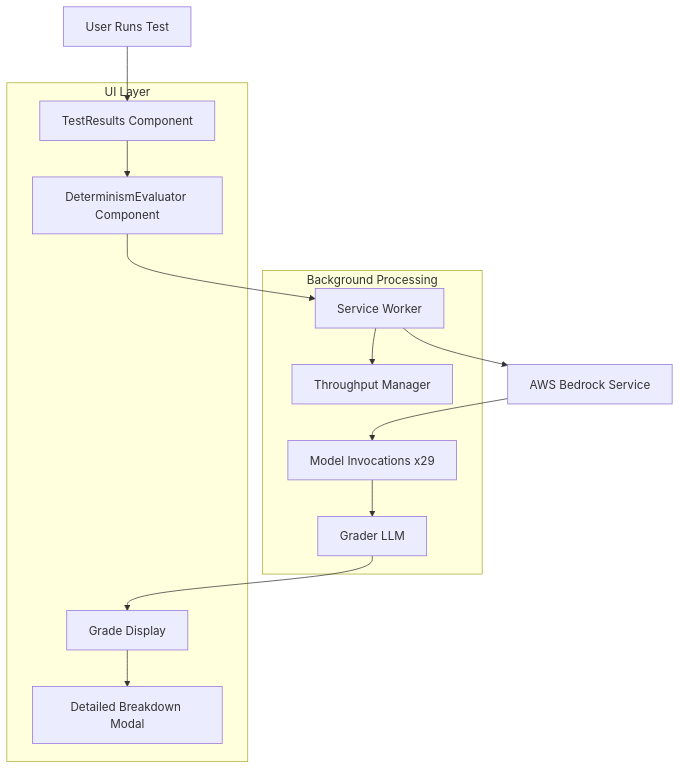
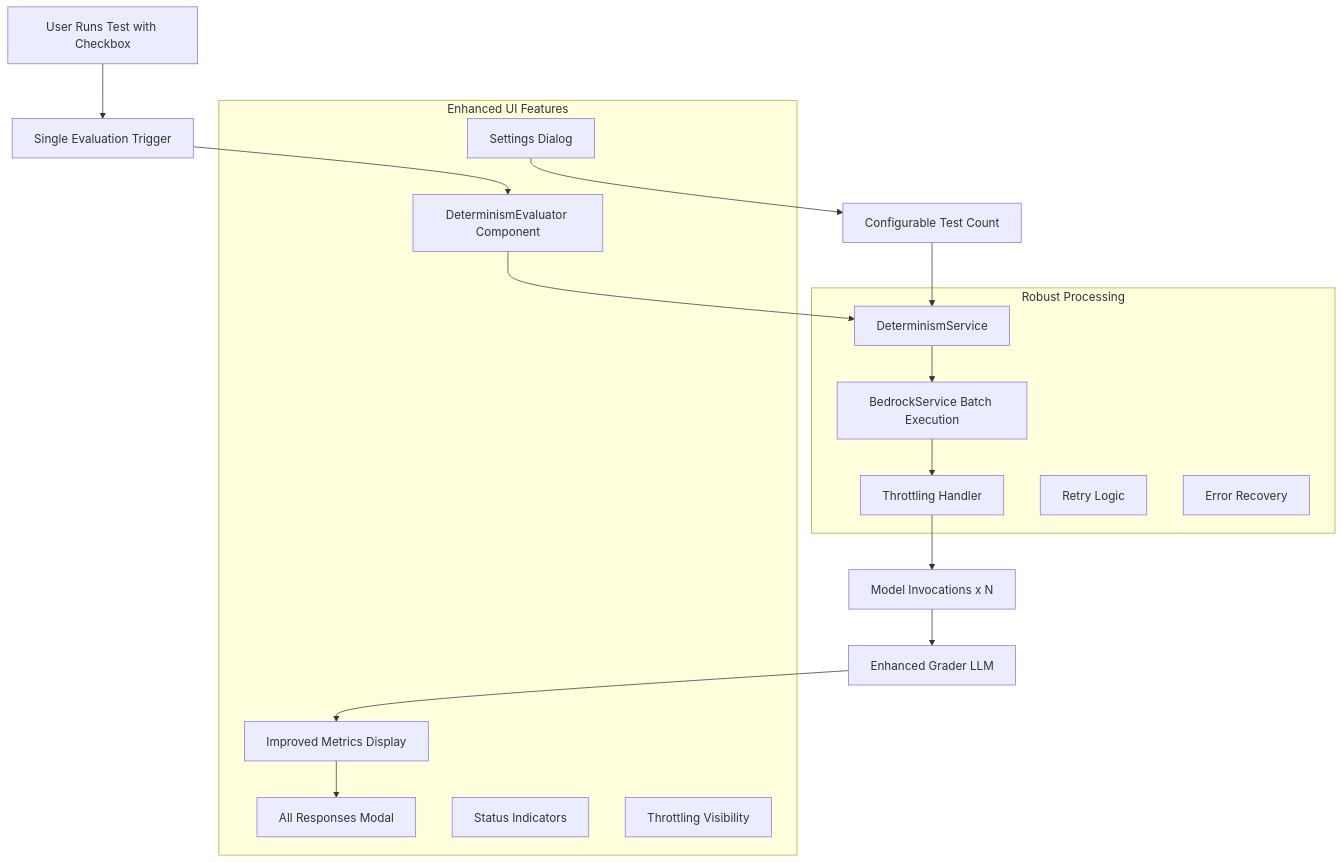
One commit to andmoredev/promptatron-3000 changed the first of 2 diagrams in .kiro/specs/determinism-evaluator/design.md. Above: the diagram before and after it, drawn with Mermaid. The commit also changed other lines of this file and 23 other files, not shown here.

Commit message:
updating determinism functionality to be more solid and configurable

````diff
--- a/.kiro/specs/determinism-evaluator/design.md
+++ b/.kiro/specs/determinism-evaluator/design.md
@@ -13,26 +13,32 @@
 ```mermaid
 graph TB
-    A[User Runs Test] --> B[TestResults Component]
+    A[User Runs Test with Checkbox] --> B[Single Evaluation Trigger]
     B --> C[DeterminismEvaluator Component]
-    C --> D[Service Worker]
-    D --> E[AWS Bedrock Service]
-    D --> F[Throughput Manager]
-    E --> G[Model Invocations x29]
-    G --> H[Grader LLM]
-    H --> I[Grade Display]
-    I --> J[Detailed Breakdown Modal]
+    C --> D[DeterminismService]
+    D --> E[BedrockService Batch Execution]
+    E --> F[Throttling Handler]
+    F --> G[Model Invocations x N]
+    G --> H[Enhanced Grader LLM]
+    H --> I[Improved Metrics Display]
+    I --> J[All Responses Modal]
 
-    subgraph "Background Processing"
-        D
-        F
-        G
-        H
-    end
+    K[Settings Dialog] --> L[Configurable Test Count]
+    L --> D
 
-    subgraph "UI Layer"
-        B
+    subgraph "Enhanced UI Features"
         C
         I
         J
+        K
+        M[Status Indicators]
+        N[Throttling Visibility]
+    end
+
+    subgraph "Robust Processing"
+        D
+        E
+        F
+        O[Retry Logic]
+        P[Error Recovery]
     end
 ```
````
